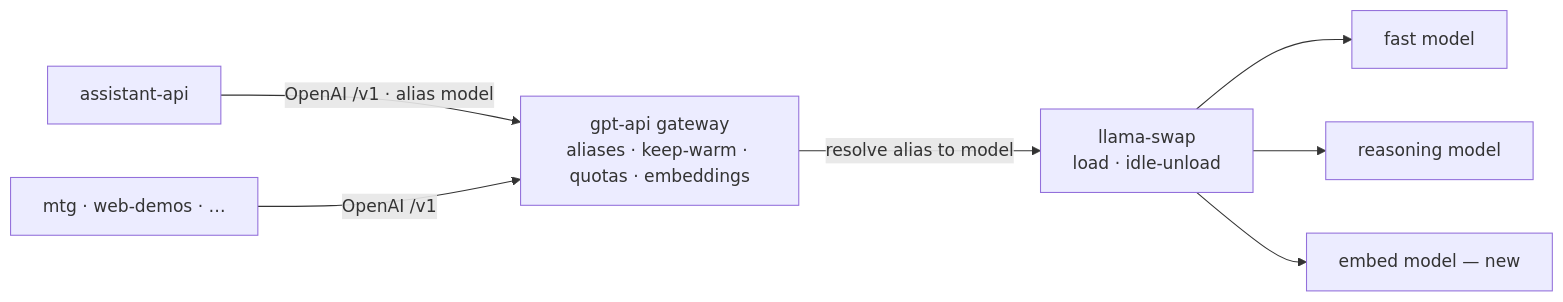
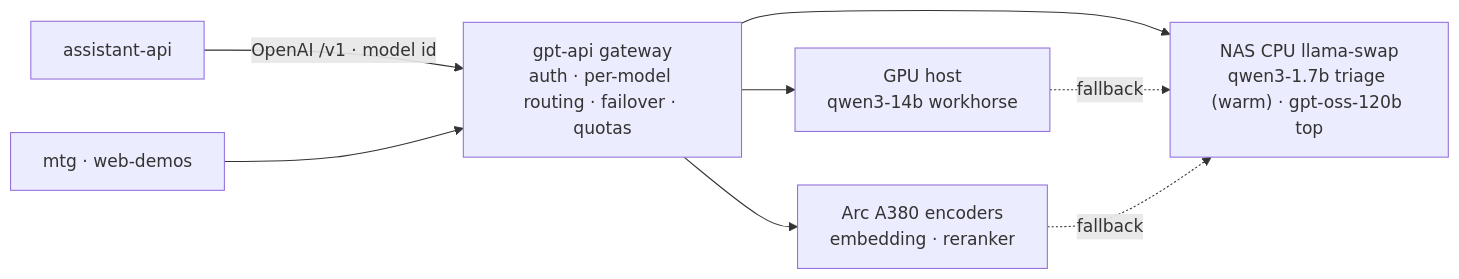
One commit to danbro96/GptApi changed the diagram in docs/llm-gateway-backbone.md. Above: the diagram before and after it, drawn with Mermaid. The commit also changed other lines of this file, not shown here.

Commit message:
Update llm-gateway-backbone: embeddings + rerank, per-model routing/failover, keep-warm roster

````diff
--- a/docs/llm-gateway-backbone.md
+++ b/docs/llm-gateway-backbone.md
@@ -21,9 +20,10 @@
 ```mermaid
 flowchart LR
-  AA["assistant-api"] -->|"OpenAI /v1 · alias model"| GW["gpt-api gateway<br/>aliases · keep-warm · quotas · embeddings"]
-  OTHER["mtg · web-demos · …"] -->|"OpenAI /v1"| GW
-  GW -->|"resolve alias to model"| SWAP["llama-swap<br/>load · idle-unload"]
-  SWAP --> FAST["fast model"]
-  SWAP --> REASON["reasoning model"]
-  SWAP --> EMB["embed model — new"]
+  AA["assistant-api"] -->|"OpenAI /v1 · model id"| GW["gpt-api gateway<br/>auth · per-model routing · failover · quotas"]
+  OTHER["mtg · web-demos"] --> GW
+  GW --> CPU["NAS CPU llama-swap<br/>qwen3-1.7b triage (warm) · gpt-oss-120b top"]
+  GW --> GPUH["GPU host<br/>qwen3-14b workhorse"]
+  GW --> A380["Arc A380 encoders<br/>embedding · reranker"]
+  GPUH -. fallback .-> CPU
+  A380 -. fallback .-> CPU
 ```
````
